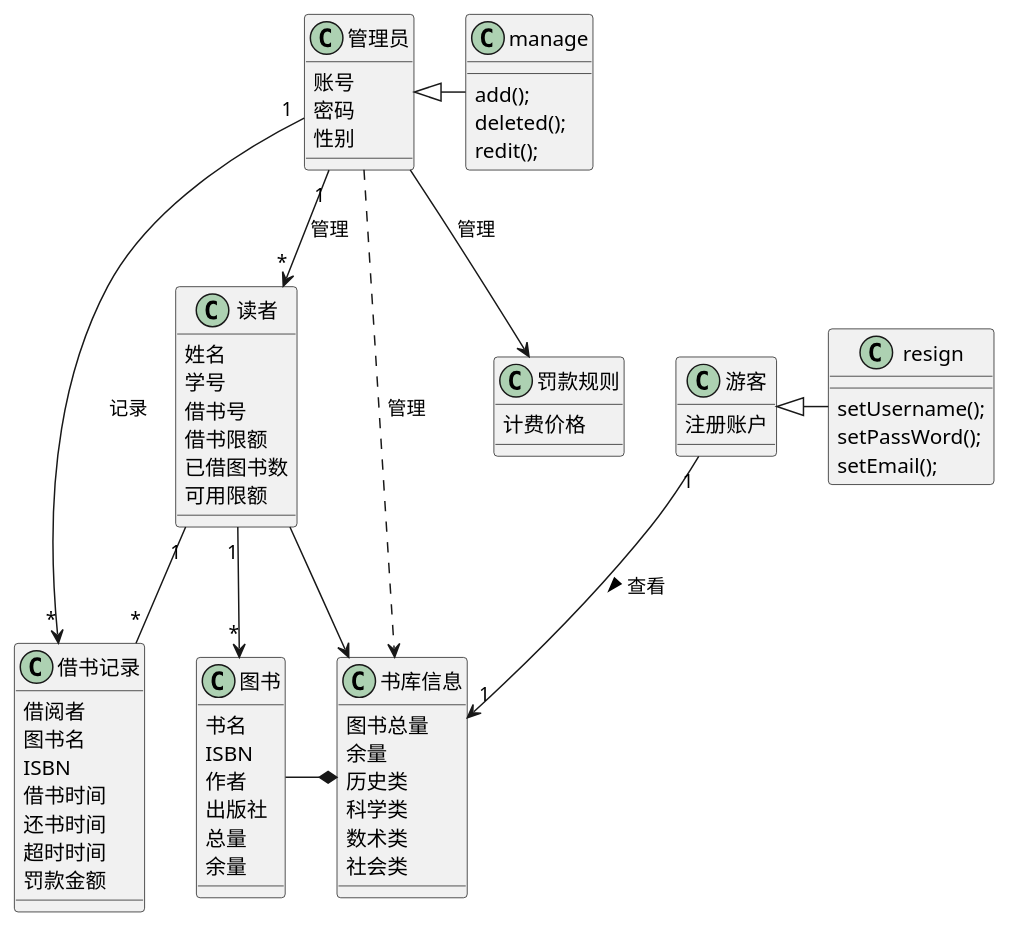
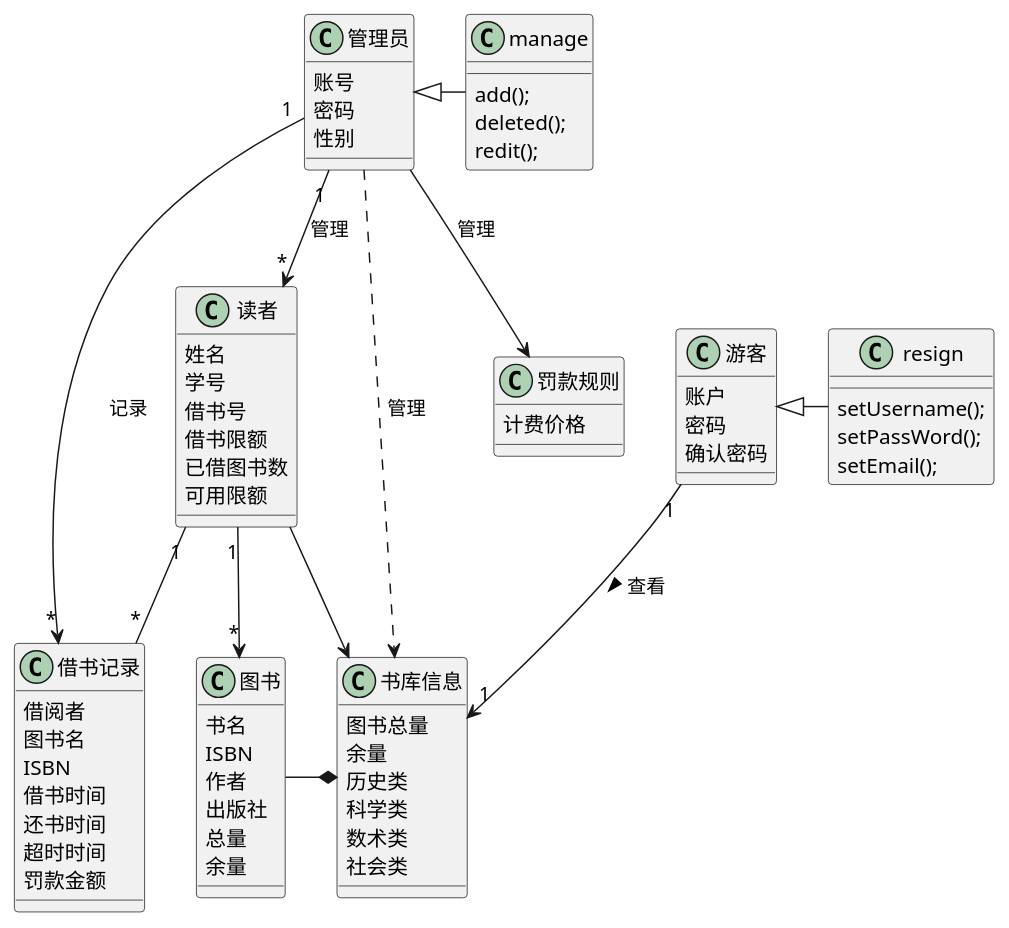
The first of 8 diagrams in test3/Readme.md (1095729006/is_analysis-3), drawn with PlantUML before and after one commit.

```diff
--- a/test3/Readme.md
+++ b/test3/Readme.md
@@ -10,72 +10,74 @@
 @startuml
 class 读者{
 姓名
 学号
 借书号
 借书限额
 已借图书数
 可用限额
 }
 
 class 管理员{
 账号
 密码
 性别
 }
 
 class 游客{
- 注册账户
+ 账户
+ 密码
+ 确认密码
 }
 
 class 书库信息{
 图书总量
 余量
 历史类
 科学类
 数术类
 社会类
 }
 class 图书{
 书名
 ISBN
 作者
 出版社
 总量
 余量
 }
 class 借书记录{
 借阅者
 图书名
 ISBN
 借书时间
 还书时间
 超时时间
 罚款金额
 }
 class 罚款规则{
 计费价格
 }
 
 管理员"1" -->"*" 读者 :管理
 管理员 ..> 书库信息:管理
 管理员"1"->"*"借书记录:记录
 管理员-->罚款规则:管理
 读者"1"-->"*"图书
 读者->书库信息
 读者"1"--"*"借书记录
 游客"1"-->"1"书库信息:查看 >
 图书-*书库信息
 管理员<|- manage
 object manage{
 add();
 deleted();
 redit();
 }
 游客<|- resign
 object resign{
 setUsername();
 setPassWord();
 setEmail();
 }
 
 @enduml
```
